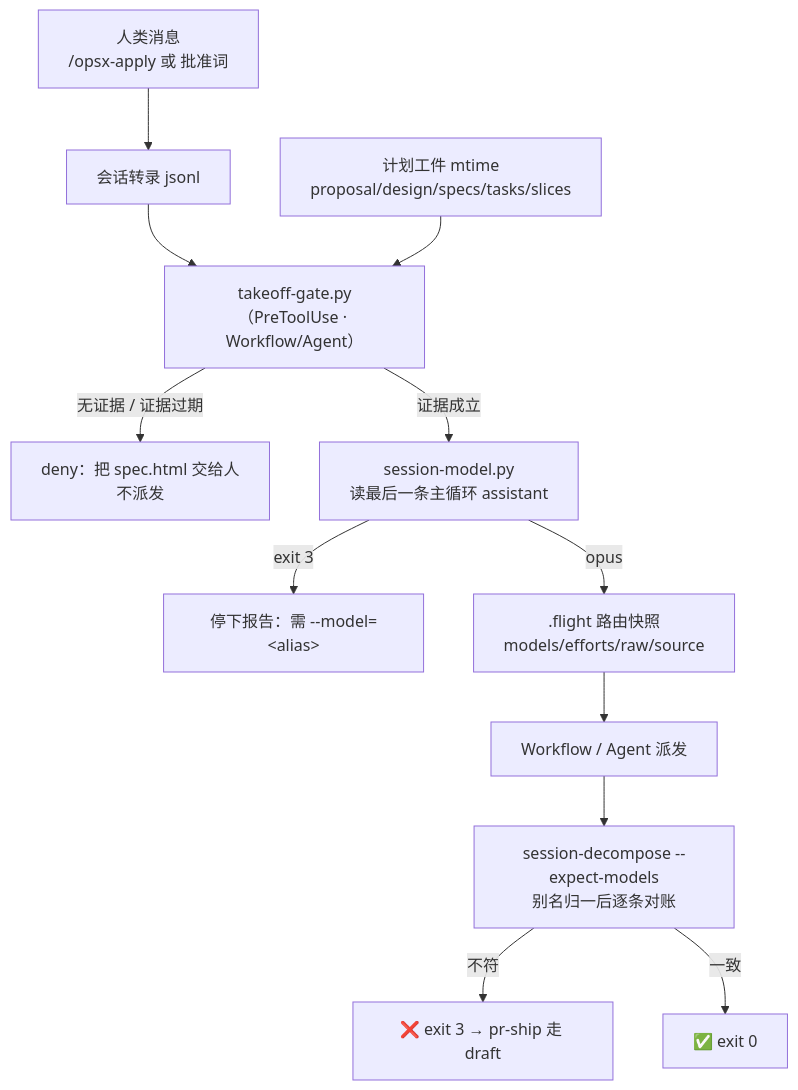
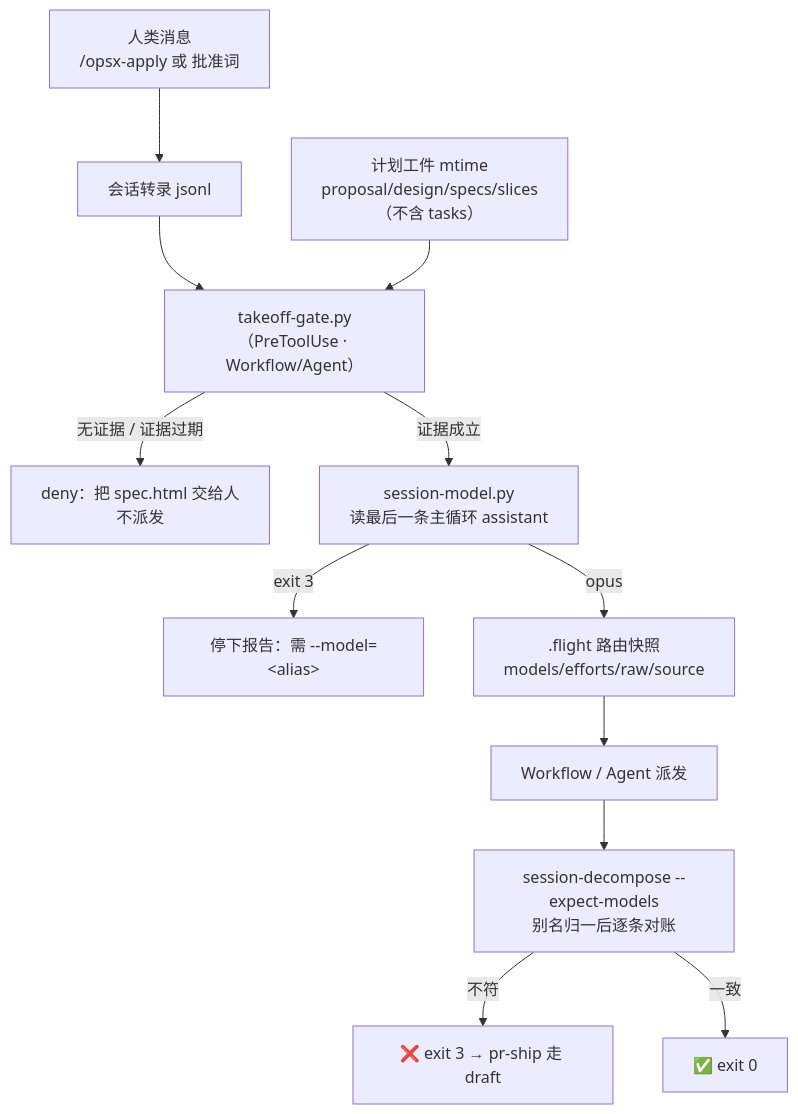
Before and after one commit to akarizo/intent-driven-claude-code: the second of 2 diagrams in template/openspec/changes/mechanical-takeoff-gates/design.md, drawn with Mermaid. The commit also changed other lines of this file and 8 other files, not shown here.

````diff
--- a/template/openspec/changes/mechanical-takeoff-gates/design.md
+++ b/template/openspec/changes/mechanical-takeoff-gates/design.md
@@ -24,14 +24,14 @@
 ```mermaid
 flowchart TB
   H["人类消息<br/>/opsx-apply 或 批准词"] --> T["会话转录 jsonl"]
   T --> G["takeoff-gate.py<br/>（PreToolUse · Workflow/Agent）"]
-  PL["计划工件 mtime<br/>proposal/design/specs/tasks/slices"] --> G
+  PL["计划工件 mtime<br/>proposal/design/specs/slices（不含 tasks）"] --> G
   G -->|无证据 / 证据过期| DENY["deny：把 spec.html 交给人<br/>不派发"]
   G -->|证据成立| M["session-model.py<br/>读最后一条主循环 assistant"]
   M -->|exit 3| STOP["停下报告：需 --model=&lt;alias&gt;"]
   M -->|opus| F[".flight 路由快照<br/>models/efforts/raw/source"]
   F --> W["Workflow / Agent 派发"]
   W --> AU["session-decompose --expect-models<br/>别名归一后逐条对账"]
   AU -->|不符| RED["❌ exit 3 → pr-ship 走 draft"]
   AU -->|一致| OK["✅ exit 0"]
 ```
````
